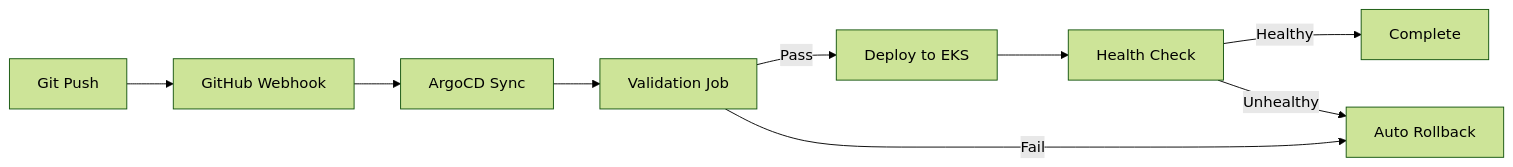
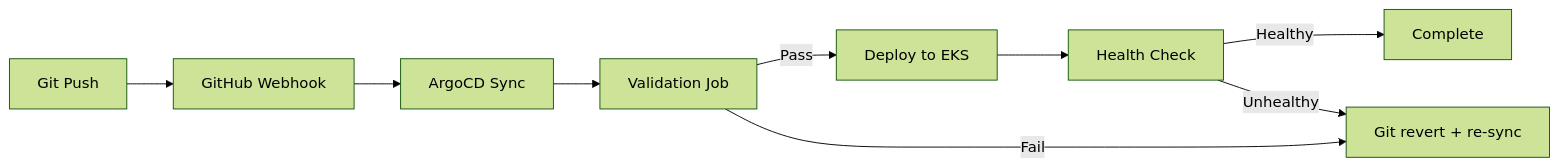
One commit to devfloor9/engineering-playbook changed the fourth of 4 diagrams in docs/agentic-ai-platform/operations-mlops/governance/agentic-playbook.md. Above: the diagram before and after it, drawn with Mermaid (forest theme). The commit also changed other lines of this file and 7 other files, not shown here.

````diff
--- a/docs/agentic-ai-platform/operations-mlops/governance/agentic-playbook.md
+++ b/docs/agentic-ai-platform/operations-mlops/governance/agentic-playbook.md
@@ -553,11 +609,11 @@
 ```mermaid
 graph LR
     Push[Git Push] --> Webhook[GitHub Webhook]
     Webhook --> ArgoCD[ArgoCD Sync]
     ArgoCD --> Validation[Validation Job]
     Validation -->|Pass| Deploy[Deploy to EKS]
-    Validation -->|Fail| Rollback[Auto Rollback]
+    Validation -->|Fail| Revert[Git revert + re-sync]
     Deploy --> Health[Health Check]
     Health -->|Healthy| Complete[Complete]
-    Health -->|Unhealthy| Rollback
+    Health -->|Unhealthy| Revert
 ```
````
